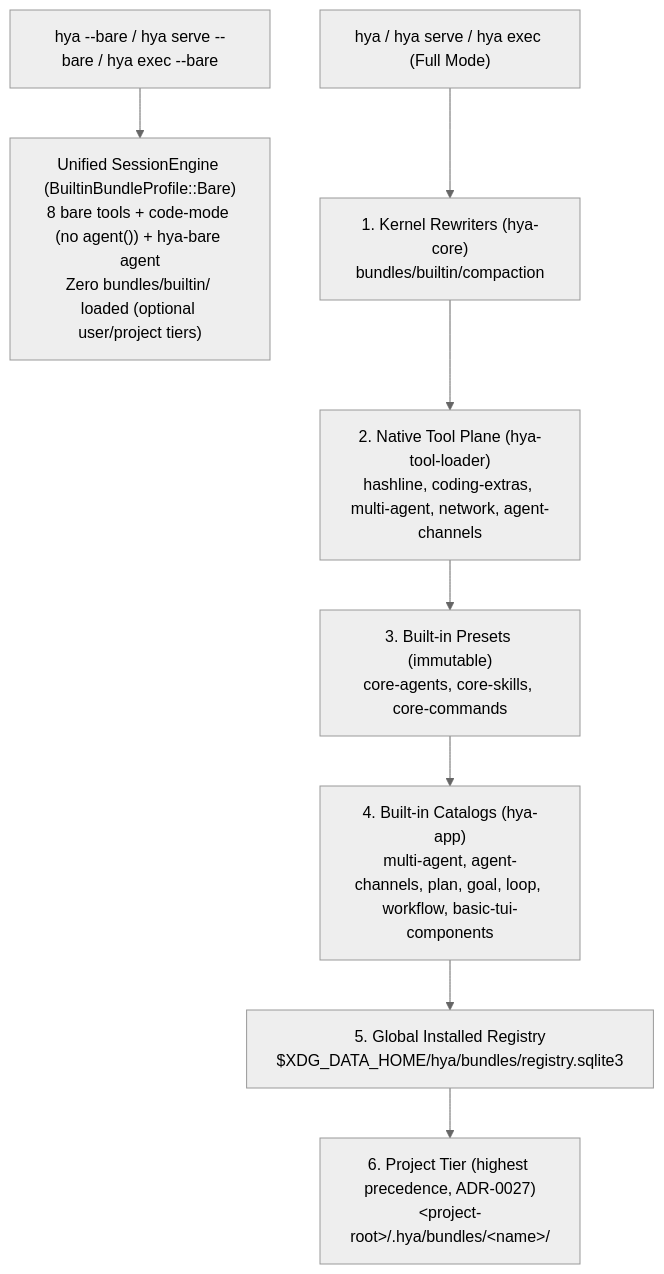
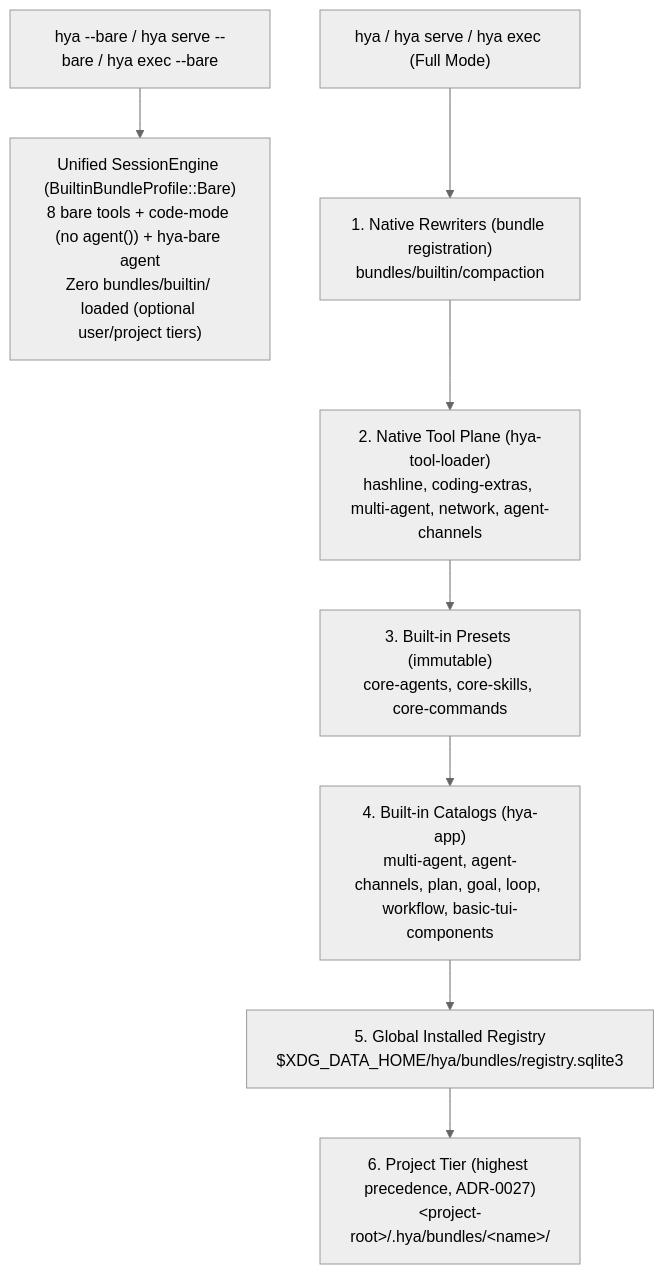
Before and after one commit to anyin233/hya: the diagram in docs/extend/hyabundle-spec.md, drawn with Mermaid (neutral theme). The commit also changed other lines of this file and 3 other files, not shown here.

Commit message:
docs: drop the internal-bundle term and the core's bundle loader from the component maps

````diff
--- a/docs/extend/hyabundle-spec.md
+++ b/docs/extend/hyabundle-spec.md
@@ -570,11 +570,11 @@
 ```mermaid
 flowchart TD
     Bare["hya --bare / hya serve --bare / hya exec --bare"] --> BareProfile["Unified SessionEngine (BuiltinBundleProfile::Bare)<br/>8 bare tools + code-mode (no agent()) + hya-bare agent<br/>Zero bundles/builtin/ loaded (optional user/project tiers)"]
 
-    Full["hya / hya serve / hya exec (Full Mode)"] --> L1["1. Kernel Rewriters (hya-core)<br/>bundles/builtin/compaction"]
+    Full["hya / hya serve / hya exec (Full Mode)"] --> L1["1. Native Rewriters (bundle registration)<br/>bundles/builtin/compaction"]
     L1 --> L2["2. Native Tool Plane (hya-tool-loader)<br/>hashline, coding-extras, multi-agent, network, agent-channels"]
     L2 --> L3["3. Built-in Presets (immutable)<br/>core-agents, core-skills, core-commands"]
     L3 --> L4["4. Built-in Catalogs (hya-app)<br/>multi-agent, agent-channels, plan, goal, loop, workflow, basic-tui-components"]
     L4 --> L5["5. Global Installed Registry<br/>$XDG_DATA_HOME/hya/bundles/registry.sqlite3"]
     L5 --> L6["6. Project Tier (highest precedence, ADR-0027)<br/>&lt;project-root&gt;/.hya/bundles/&lt;name&gt;/"]
 ```
````
